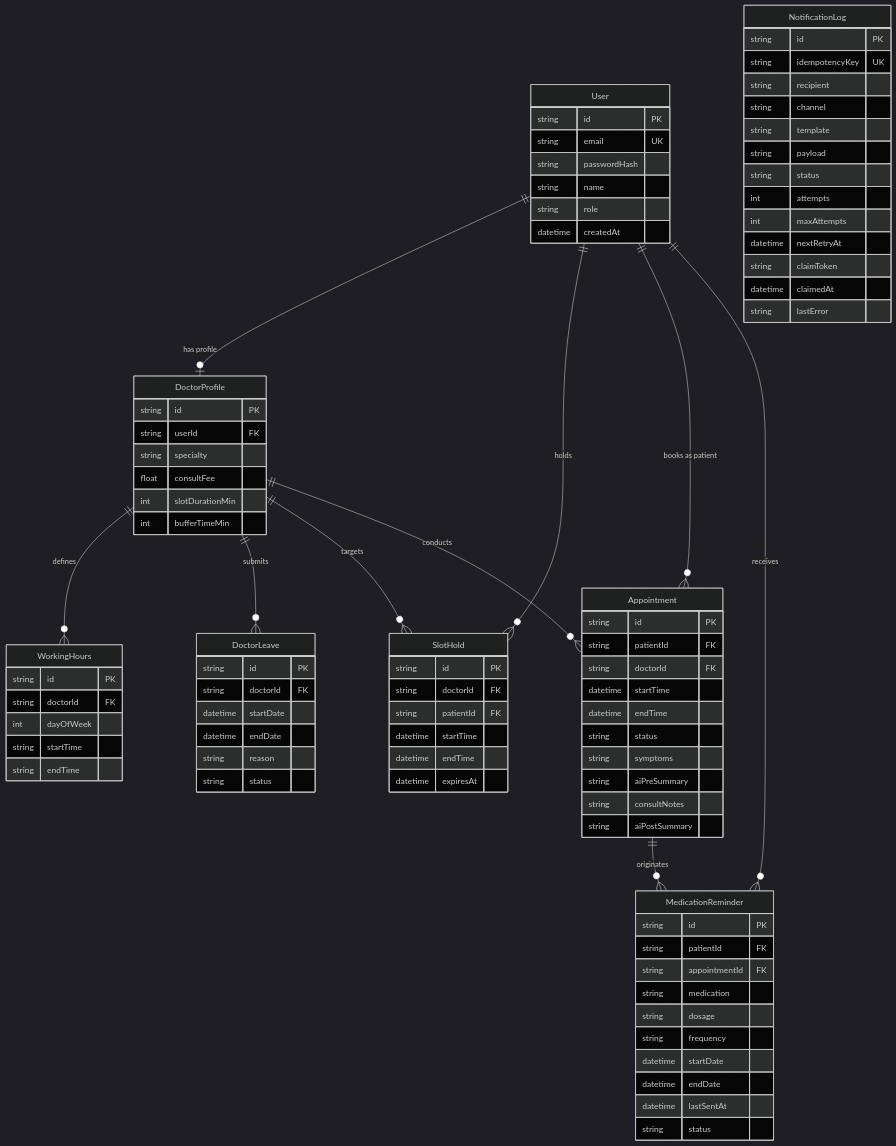
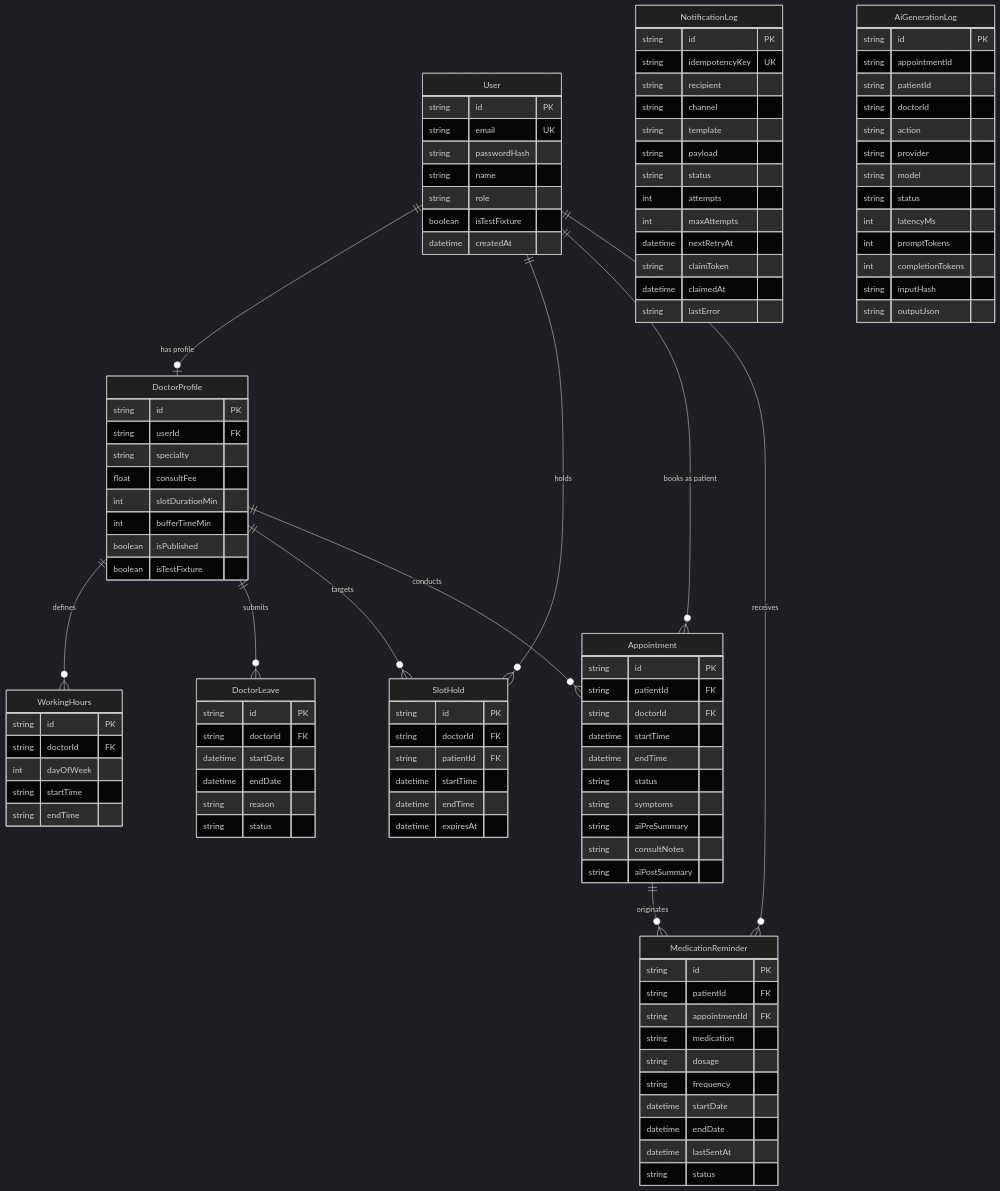
One commit to A-Kushwah/CareFlow changed the diagram in docs/database.md. Above: the diagram before and after it, drawn with Mermaid (dark theme). The commit also changed other lines of this file and 4 other files, not shown here.

Commit message:
fix(migrations): standardize PostgreSQL migration sequence with native data types and correct deployment ordering

```diff
--- a/docs/database.md
+++ b/docs/database.md
@@ -24,6 +24,7 @@
         string passwordHash
         string name
         string role
+        boolean isTestFixture
         datetime createdAt
     }
 
@@ -34,6 +35,8 @@
         float consultFee
         int slotDurationMin
         int bufferTimeMin
+        boolean isPublished
+        boolean isTestFixture
     }
 
     WorkingHours {
@@ -91,6 +94,22 @@
         string lastError
     }
 
+    AiGenerationLog {
+        string id PK
+        string appointmentId
+        string patientId
+        string doctorId
+        string action
+        string provider
+        string model
+        string status
+        int latencyMs
+        int promptTokens
+        int completionTokens
+        string inputHash
+        string outputJson
+    }
+
     MedicationReminder {
         string id PK
         string patientId FK
```
